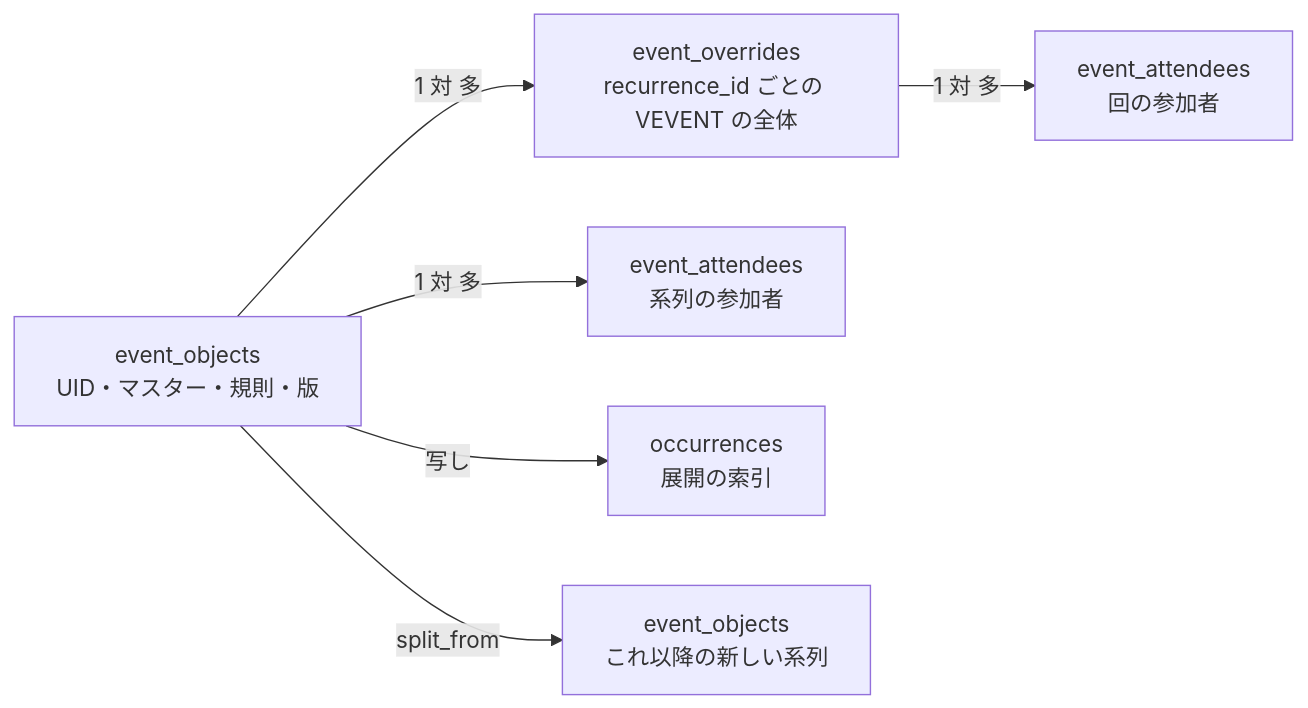
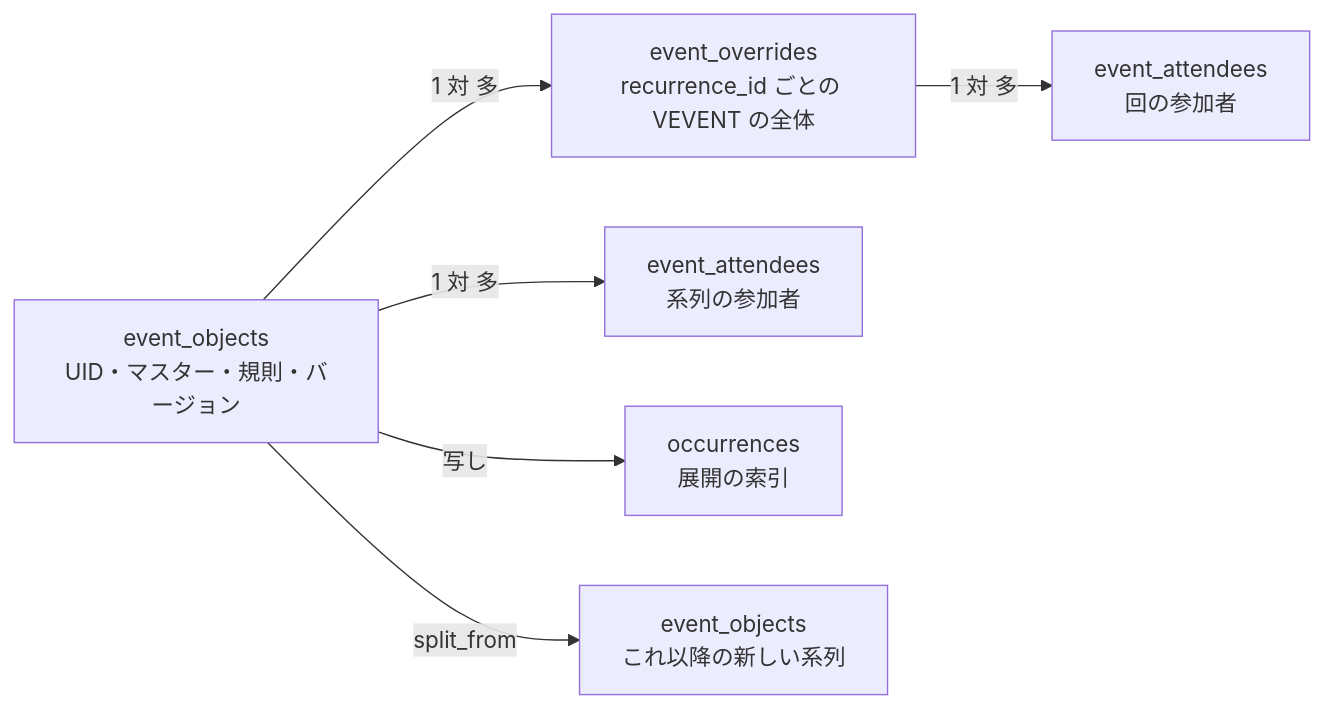
The first of 4 diagrams in systems/google-calendar/docs/architecture/events-and-recurrence.md (shoito/rebuilds), drawn with Mermaid before and after one commit. The commit also changed other lines of this file and 793 other files, not shown here.

````diff
--- a/systems/google-calendar/docs/architecture/events-and-recurrence.md
+++ b/systems/google-calendar/docs/architecture/events-and-recurrence.md
@@ -70,8 +70,8 @@
 ```mermaid
 flowchart LR
-  EO["event_objects<br/>UID・マスター・規則・版"] -->|1 対 多| OV["event_overrides<br/>recurrence_id ごとの VEVENT の全体"]
+  EO["event_objects<br/>UID・マスター・規則・バージョン"] -->|1 対 多| OV["event_overrides<br/>recurrence_id ごとの VEVENT の全体"]
   EO -->|1 対 多| AT["event_attendees<br/>系列の参加者"]
   OV -->|1 対 多| AT2["event_attendees<br/>回の参加者"]
   EO -->|写し| OC["occurrences<br/>展開の索引"]
   EO -->|split_from| EO2["event_objects<br/>これ以降の新しい系列"]
 ```
````
